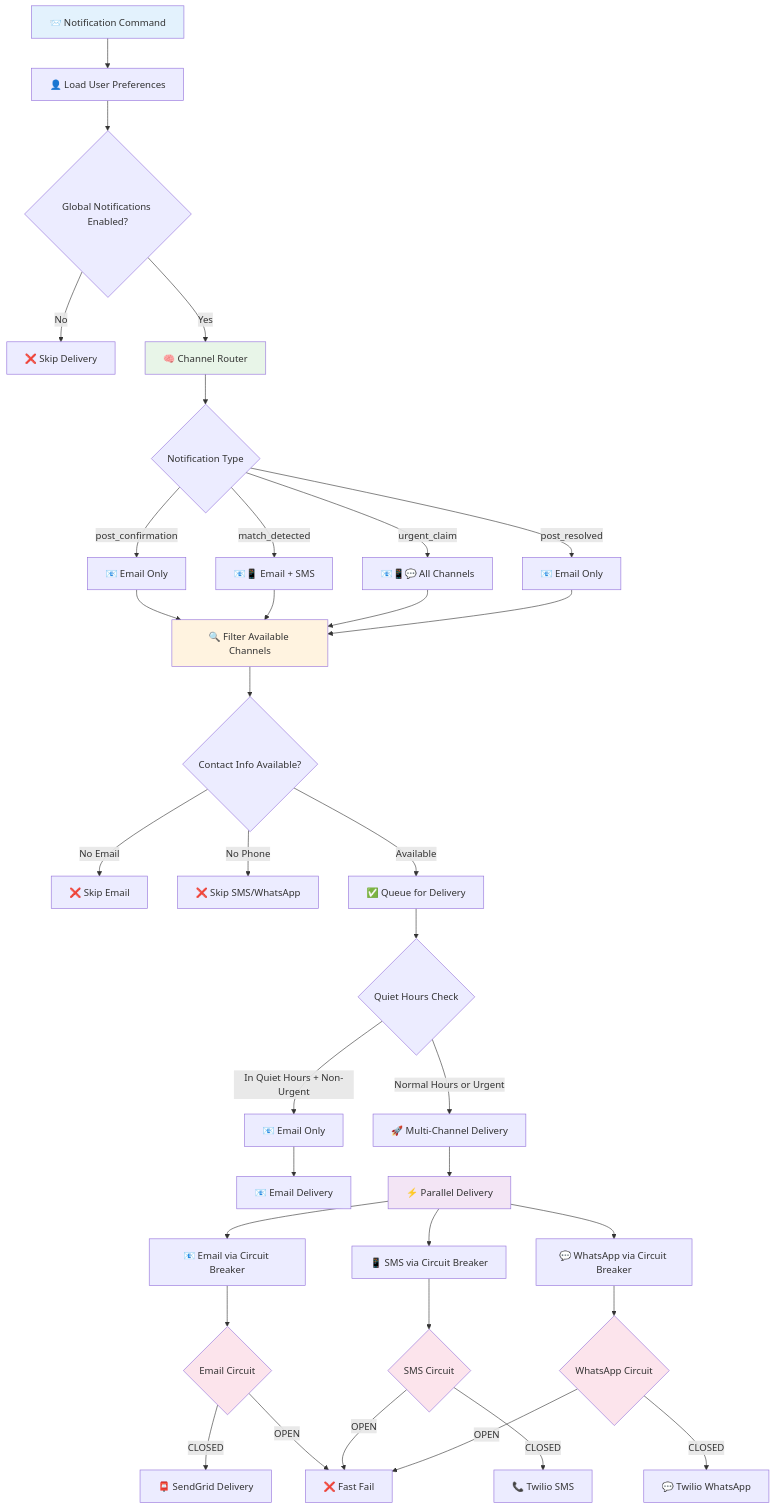
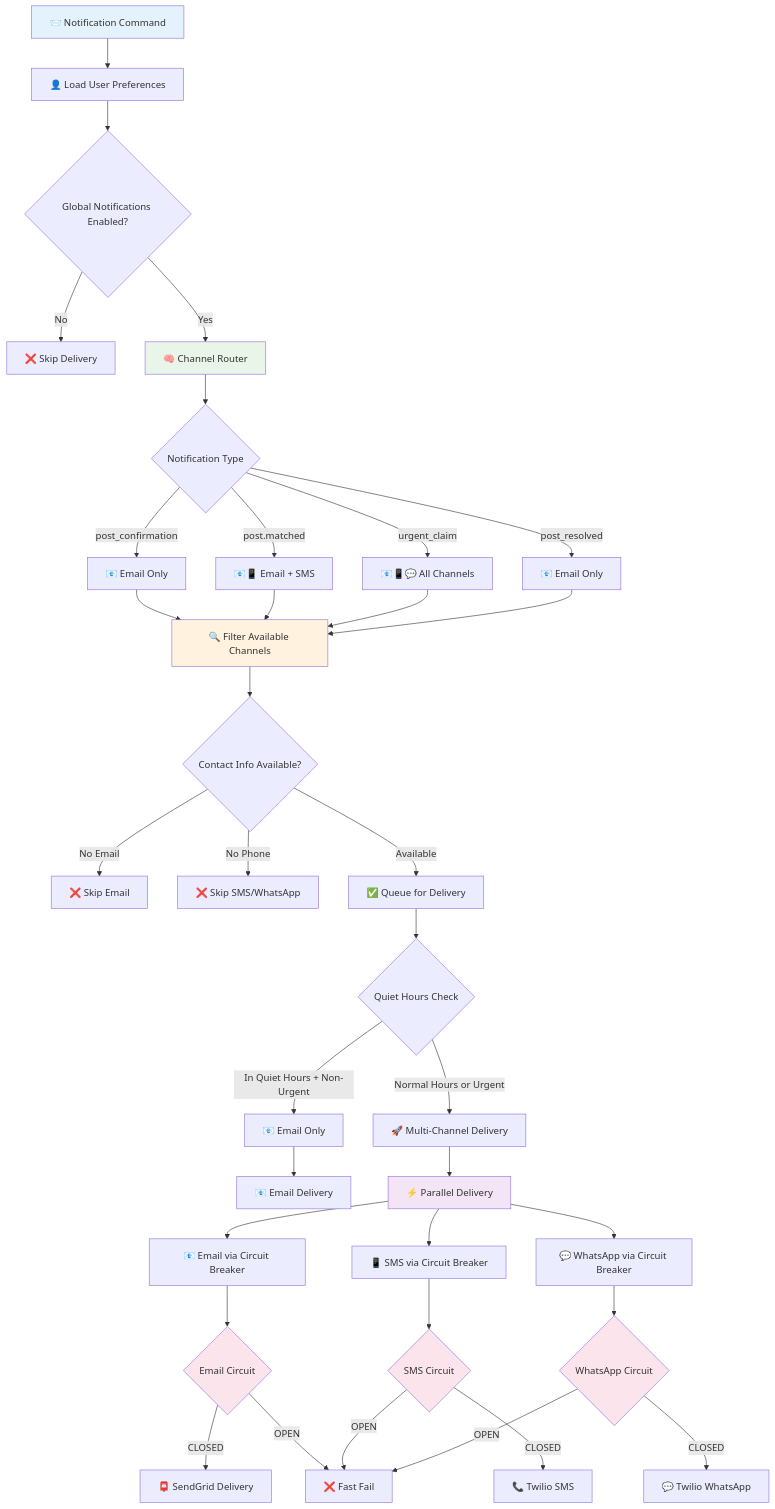
The third of 15 diagrams in notifications/service-interaction-diagrams.md (findly-now/fn-docs), drawn with Mermaid before and after one commit. The commit also changed other lines of this file and 6 other files, not shown here.

````diff
--- a/notifications/service-interaction-diagrams.md
+++ b/notifications/service-interaction-diagrams.md
@@ -131,53 +131,53 @@
 ```mermaid
 flowchart TD
     A[📨 Notification Command] --> B[👤 Load User Preferences]
     B --> C{Global Notifications Enabled?}
     C -->|No| D[❌ Skip Delivery]
     C -->|Yes| E[🧠 Channel Router]
 
     E --> F{Notification Type}
     F -->|post_confirmation| G[📧 Email Only]
-    F -->|match_detected| H[📧📱 Email + SMS]
+    F -->|post.matched| H[📧📱 Email + SMS]
     F -->|urgent_claim| I[📧📱💬 All Channels]
     F -->|post_resolved| J[📧 Email Only]
 
     G --> K[🔍 Filter Available Channels]
     H --> K
     I --> K
     J --> K
 
     K --> L{Contact Info Available?}
     L -->|No Email| M[❌ Skip Email]
     L -->|No Phone| N[❌ Skip SMS/WhatsApp]
     L -->|Available| O[✅ Queue for Delivery]
 
     O --> P{Quiet Hours Check}
     P -->|In Quiet Hours + Non-Urgent| Q[📧 Email Only]
     P -->|Normal Hours or Urgent| R[🚀 Multi-Channel Delivery]
 
     Q --> S[📧 Email Delivery]
     R --> T[⚡ Parallel Delivery]
 
     T --> U[📧 Email via Circuit Breaker]
     T --> V[📱 SMS via Circuit Breaker]
     T --> W[💬 WhatsApp via Circuit Breaker]
 
     U --> X{Email Circuit}
     V --> Y{SMS Circuit}
     W --> Z{WhatsApp Circuit}
 
     X -->|CLOSED| AA[📮 SendGrid Delivery]
     X -->|OPEN| BB[❌ Fast Fail]
     Y -->|CLOSED| CC[📞 Twilio SMS]
     Y -->|OPEN| BB
     Z -->|CLOSED| DD[💬 Twilio WhatsApp]
     Z -->|OPEN| BB
 
     style A fill:#e3f2fd
     style E fill:#e8f5e8
     style K fill:#fff3e0
     style T fill:#f3e5f5
     style X fill:#fce4ec
     style Y fill:#fce4ec
     style Z fill:#fce4ec
 ```
````
